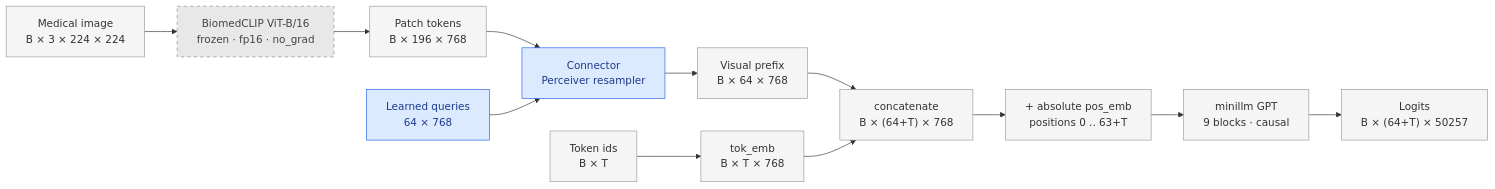
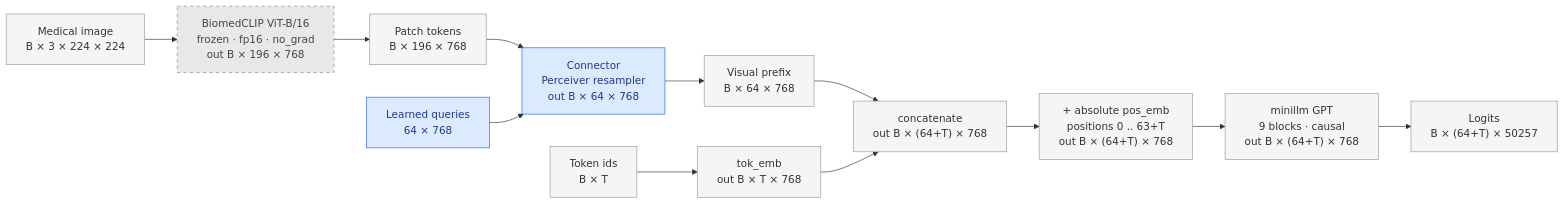
Before and after one commit to AsishKumarDalal/medicalvllm: the seventh of 9 diagrams in experiment/connector.md, drawn with Mermaid. The commit also changed other lines of this file, not shown here.

Commit message:
Annotate every connector diagram node with output dimensions

````diff
--- a/experiment/connector.md
+++ b/experiment/connector.md
@@ -194,22 +194,22 @@
 ```mermaid
 flowchart LR
-    IMG["Medical image<br/>B × 3 × 224 × 224"] --> TOWER["BiomedCLIP ViT-B/16<br/>frozen · fp16 · no_grad"]
+    IMG["Medical image<br/>B × 3 × 224 × 224"] --> TOWER["BiomedCLIP ViT-B/16<br/>frozen · fp16 · no_grad<br/>out B × 196 × 768"]
     TOWER --> PATCH["Patch tokens<br/>B × 196 × 768"]
-    PATCH --> CONN["Connector<br/>Perceiver resampler"]
+    PATCH --> CONN["Connector<br/>Perceiver resampler<br/>out B × 64 × 768"]
     Q["Learned queries<br/>64 × 768"] --> CONN
     CONN --> PREFIX["Visual prefix<br/>B × 64 × 768"]
 
-    TXT["Token ids<br/>B × T"] --> EMB["tok_emb<br/>B × T × 768"]
-    PREFIX --> CAT["concatenate<br/>B × (64+T) × 768"]
+    TXT["Token ids<br/>B × T"] --> EMB["tok_emb<br/>out B × T × 768"]
+    PREFIX --> CAT["concatenate<br/>out B × (64+T) × 768"]
     EMB --> CAT
-    CAT --> POS["+ absolute pos_emb<br/>positions 0 .. 63+T"]
-    POS --> GPT["minillm GPT<br/>9 blocks · causal"]
+    CAT --> POS["+ absolute pos_emb<br/>positions 0 .. 63+T<br/>out B × (64+T) × 768"]
+    POS --> GPT["minillm GPT<br/>9 blocks · causal<br/>out B × (64+T) × 768"]
     GPT --> LOGITS["Logits<br/>B × (64+T) × 50257"]
 
     classDef frozen fill:#e8e8e8,stroke:#888,stroke-dasharray:5 5,color:#444
     classDef train fill:#dbeafe,stroke:#2563eb,color:#1e3a8a
     classDef data fill:#f5f5f5,stroke:#999,color:#333
     class TOWER frozen
     class Q,CONN train
     class IMG,PATCH,PREFIX,TXT,EMB,CAT,POS,GPT,LOGITS data
 ```
````
